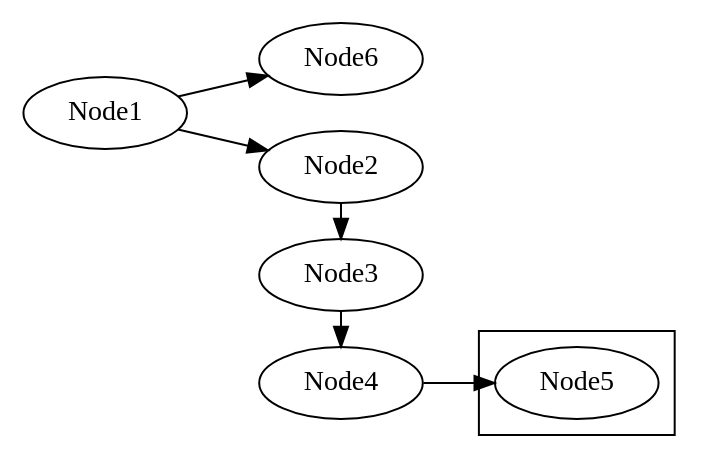
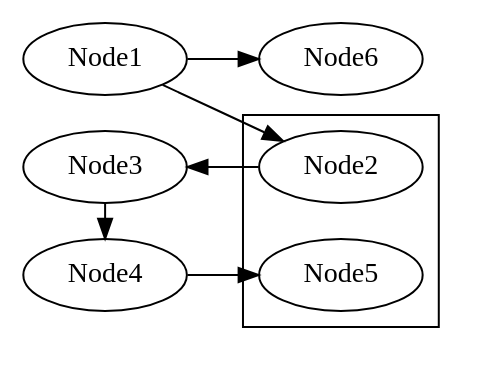
The fifth of 5 diagrams in other/graphviz.md (sisyphus1212/note), drawn with Graphviz before and after one commit.

Commit message:
auto_update

````diff
--- a/other/graphviz.md
+++ b/other/graphviz.md
@@ -61,18 +61,18 @@
 ```graphviz
 digraph {
     rankdir=LR
     node[]"Node1";
     node[]"Node6";
     subgraph cluster_vertical_example{
     "Node2"-> "Node3";
     "Node3"-> "Node4";
 
     {rankdir=LR rank=same; "Node2"; "Node3"; "Node4";}
     "Node4"->"Node5"
     }
-    {rankdir=LR rank=same; "Node2"; "Node3"; "Node4";}
+    {rankdir=LR rank=same; "Node1"; "Node3"; "Node4";}
 
     Node1 -> Node2
     Node1 -> Node6
 }
 ```
````
